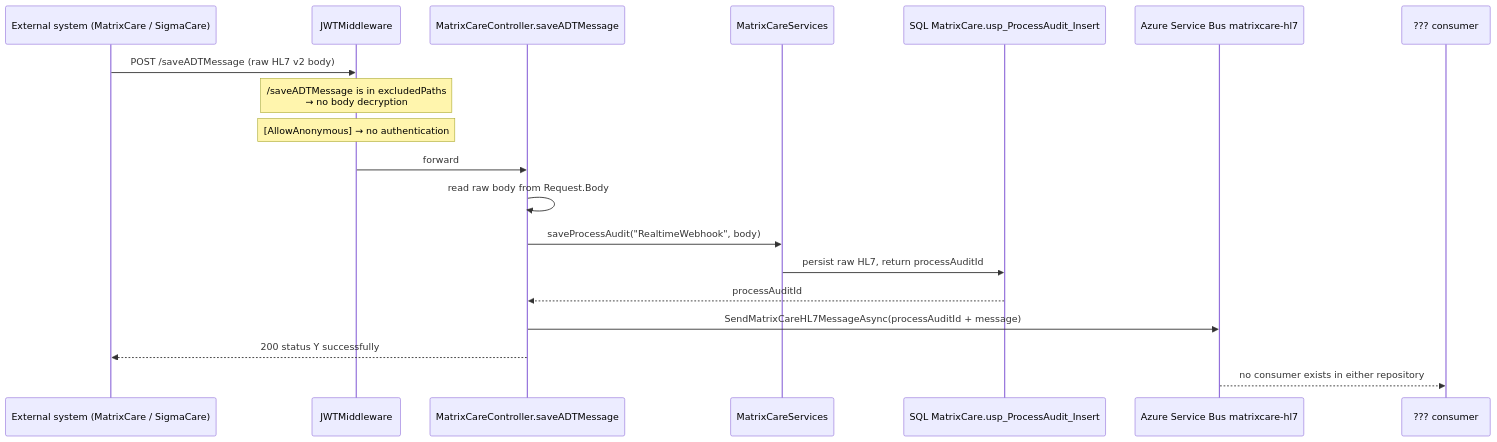
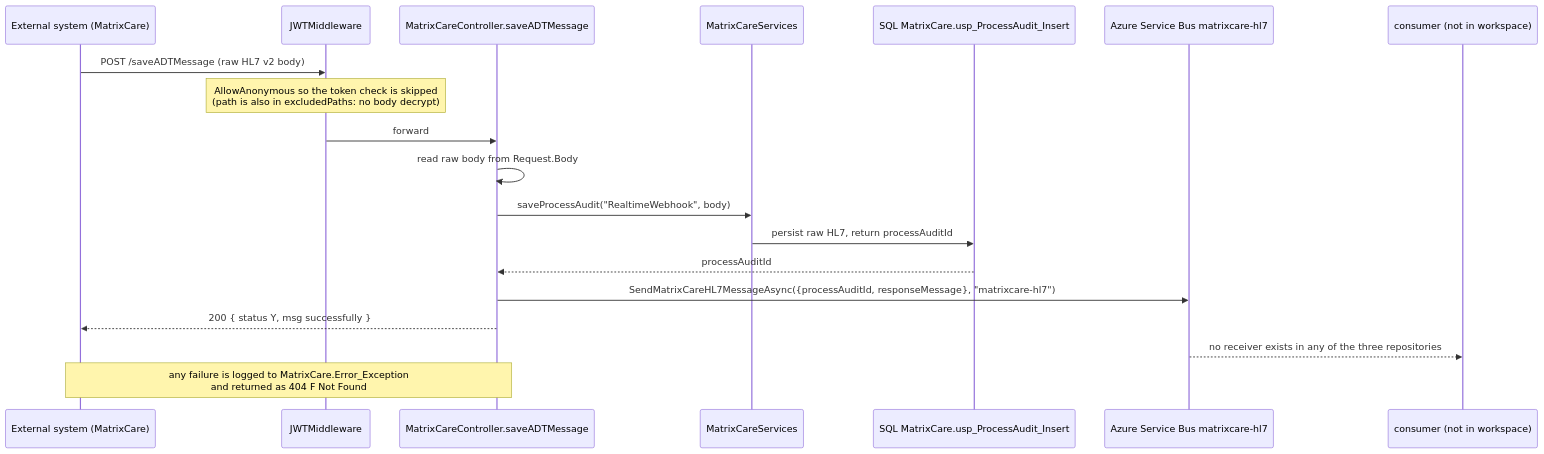
The first of 4 diagrams in docs/architecture-diagrams/06-hl7-adt-ingestion-deep-dive-diagrams.md (hemsingh-3PG/sai-systems-AIRE), drawn with Mermaid before and after one commit. The commit also changed other lines of this file and 285 other files, not shown here.

````diff
--- a/docs/architecture-diagrams/06-hl7-adt-ingestion-deep-dive-diagrams.md
+++ b/docs/architecture-diagrams/06-hl7-adt-ingestion-deep-dive-diagrams.md
@@ -14,22 +13,22 @@
 ```mermaid
 sequenceDiagram
-  participant EXT as External system (MatrixCare / SigmaCare)
+  participant EXT as External system (MatrixCare)
   participant MW as JWTMiddleware
   participant CT as MatrixCareController.saveADTMessage
   participant SVC as MatrixCareServices
   participant DB as SQL MatrixCare.usp_ProcessAudit_Insert
   participant SB as Azure Service Bus matrixcare-hl7
-  participant ZZZ as ??? consumer
+  participant ZZZ as consumer (not in workspace)
 
   EXT->>MW: POST /saveADTMessage (raw HL7 v2 body)
-  Note over MW: /saveADTMessage is in excludedPaths<br/>→ no body decryption
-  Note over MW: [AllowAnonymous] → no authentication
+  Note over MW: AllowAnonymous so the token check is skipped<br/>(path is also in excludedPaths: no body decrypt)
   MW->>CT: forward
   CT->>CT: read raw body from Request.Body
   CT->>SVC: saveProcessAudit("RealtimeWebhook", body)
   SVC->>DB: persist raw HL7, return processAuditId
   DB-->>CT: processAuditId
-  CT->>SB: SendMatrixCareHL7MessageAsync(processAuditId + message)
-  CT-->>EXT: 200 status Y successfully
-  SB-->>ZZZ: no consumer exists in either repository
+  CT->>SB: SendMatrixCareHL7MessageAsync({processAuditId, responseMessage}, "matrixcare-hl7")
+  CT-->>EXT: 200 { status Y, msg successfully }
+  SB-->>ZZZ: no receiver exists in any of the three repositories
+  Note over CT,EXT: any failure is logged to MatrixCare.Error_Exception<br/>and returned as 404 F Not Found
 ```
````
